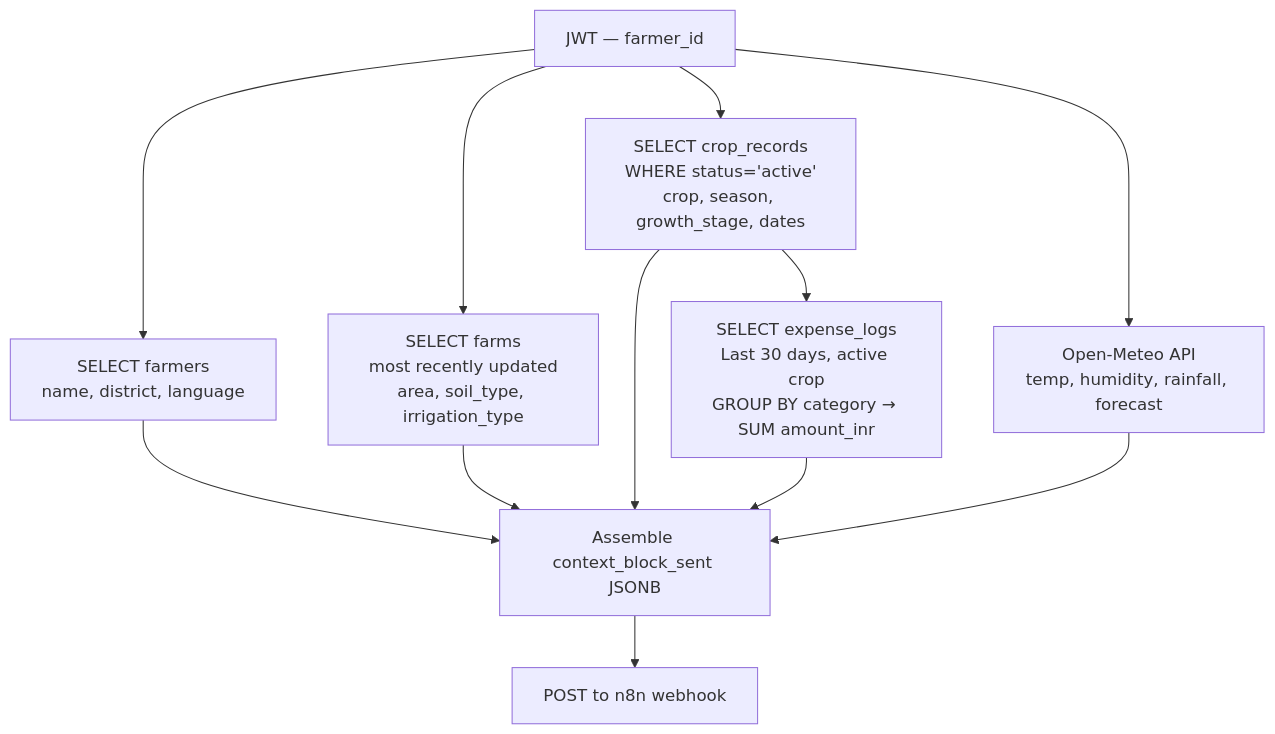
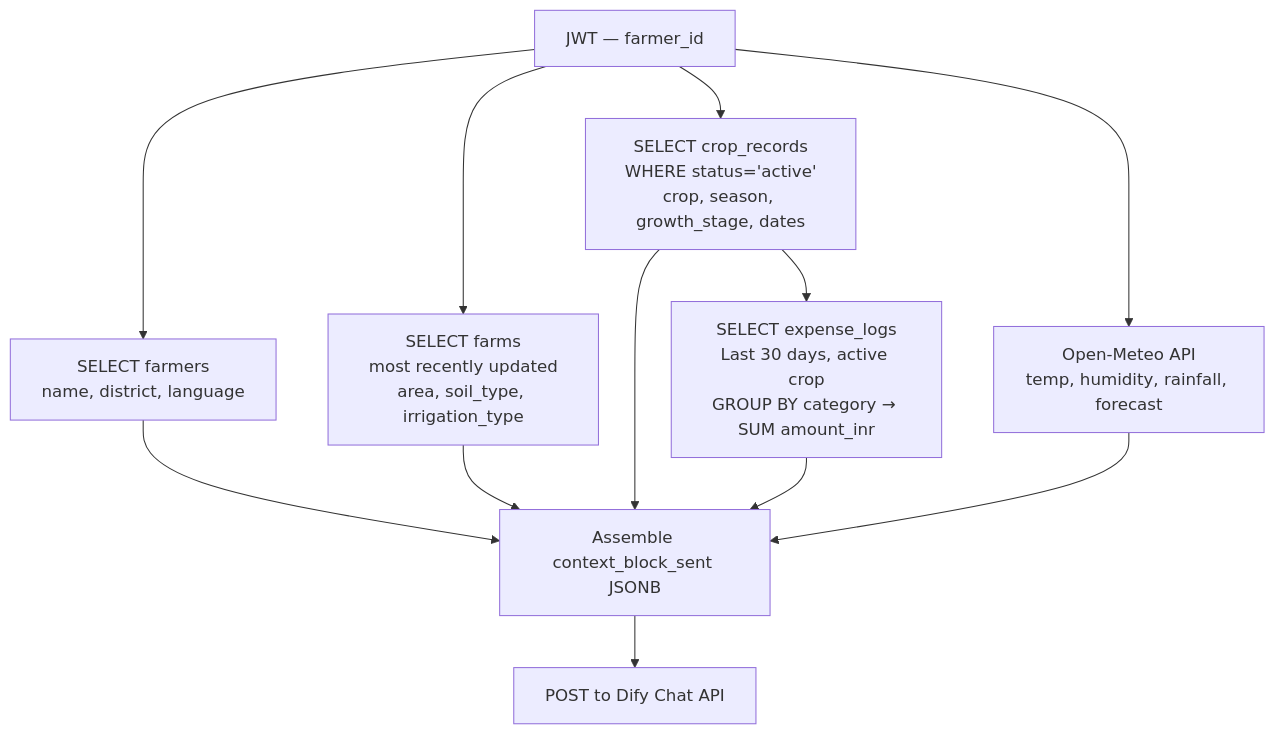
One commit to spark-456/krishi-sakhi changed the fifth of 9 diagrams in solution.md. Above: the diagram before and after it, drawn with Mermaid. The commit also changed other lines of this file and 1 other file, not shown here.

Commit message:
Updated -n8n +dify

````diff
--- a/solution.md
+++ b/solution.md
@@ -387,10 +381,10 @@
 ```mermaid
 flowchart TD
     A[JWT — farmer_id] --> B[SELECT farmers\nname, district, language]
     A --> C[SELECT farms\nmost recently updated\narea, soil_type, irrigation_type]
     A --> D[SELECT crop_records\nWHERE status='active'\ncrop, season, growth_stage, dates]
     D --> E[SELECT expense_logs\nLast 30 days, active crop\nGROUP BY category → SUM amount_inr]
     A --> F[Open-Meteo API\ntemp, humidity, rainfall, forecast]
     B & C & D & E & F --> G[Assemble context_block_sent JSONB]
-    G --> H[POST to n8n webhook]
+    G --> H[POST to Dify Chat API]
 ```
````
